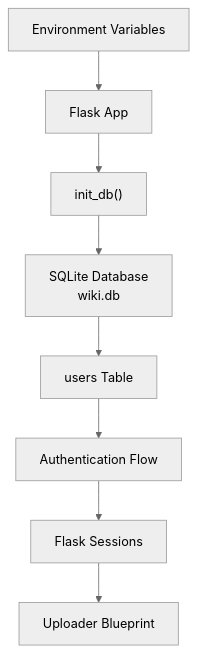
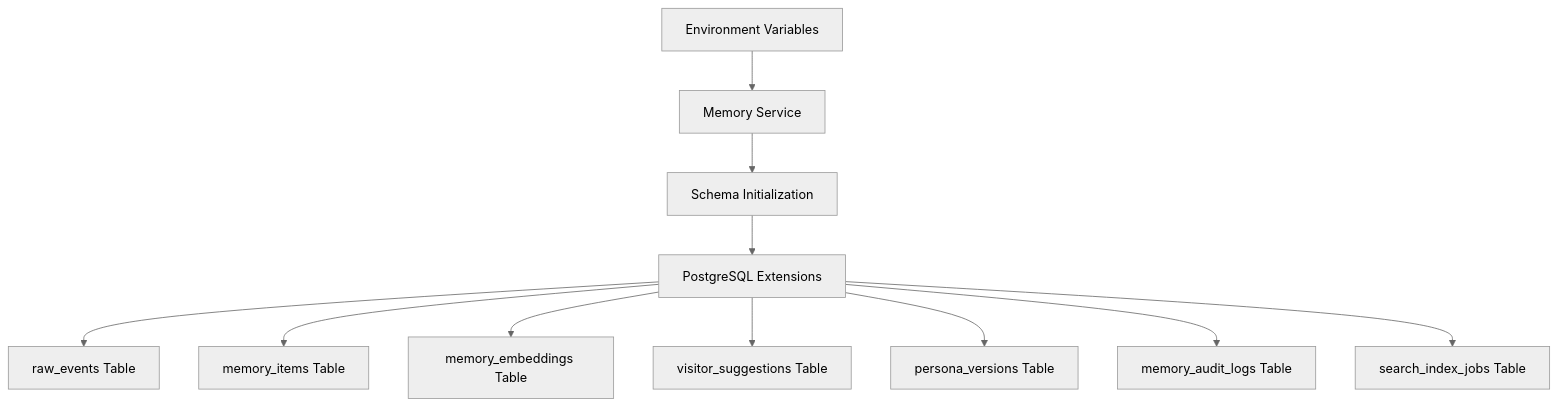
One commit to PolarisW007/PolaZhenJing changed the first of 6 diagrams in .qoder/repowiki/en/content/Database Design.md. Above: the diagram before and after it, drawn with Mermaid (neutral theme). The commit also changed other lines of this file and 333 other files, not shown here.

````diff
--- a/.qoder/repowiki/en/content/Database Design.md
+++ b/.qoder/repowiki/en/content/Database Design.md
@@ -44,10 +45,13 @@
 ```mermaid
 graph TB
-Config["Environment Variables"] --> App["Flask App"]
-App --> DBInit["init_db()"]
-DBInit --> SQLite["SQLite Database<br/>wiki.db"]
-SQLite --> UsersTable["users Table"]
-UsersTable --> AuthFlow["Authentication Flow"]
-AuthFlow --> Session["Flask Sessions"]
-Session --> UploadBP["Uploader Blueprint"]
+Config["Environment Variables"] --> App["Memory Service"]
+App --> DBInit["Schema Initialization"]
+DBInit --> Extensions["PostgreSQL Extensions"]
+Extensions --> RawEvents["raw_events Table"]
+Extensions --> MemoryItems["memory_items Table"]
+Extensions --> Embeddings["memory_embeddings Table"]
+Extensions --> Suggestions["visitor_suggestions Table"]
+Extensions --> Persona["persona_versions Table"]
+Extensions --> Audit["memory_audit_logs Table"]
+Extensions --> SearchJobs["search_index_jobs Table"]
 ```
````
